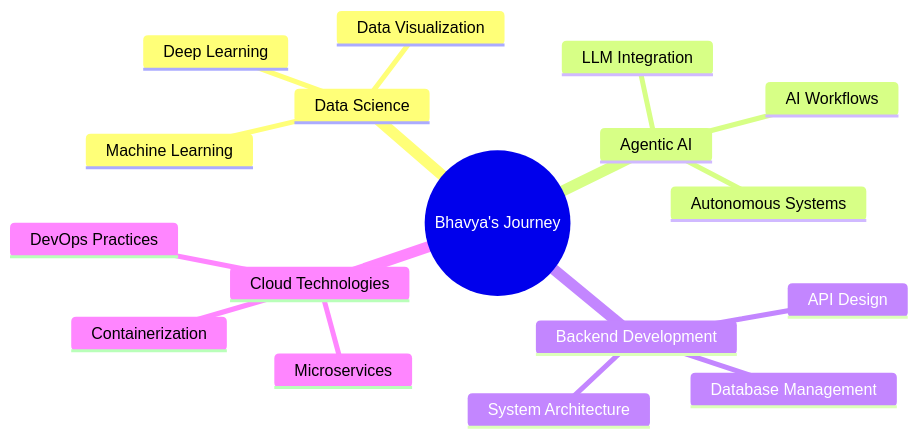
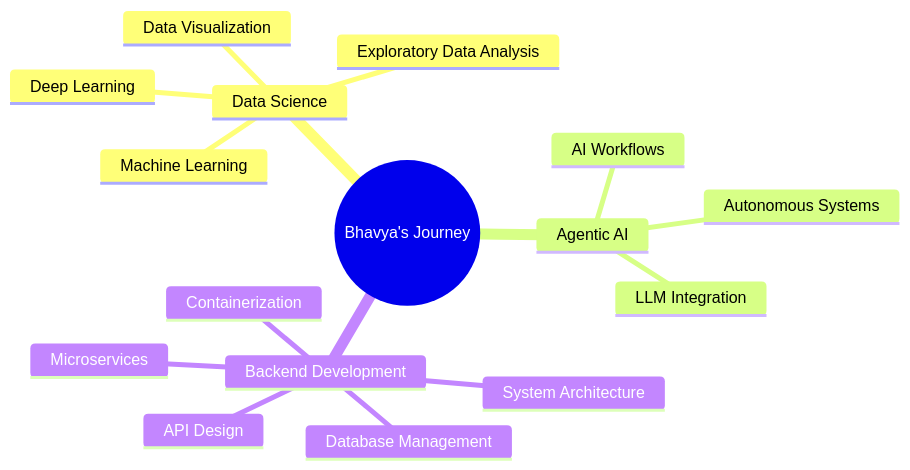
The diagram in README.md (04bhavyaa/04bhavyaa), drawn with Mermaid before and after one commit. The commit also changed other lines of this file, not shown here.

````diff
--- a/README.md
+++ b/README.md
@@ -73,20 +75,19 @@
 ```mermaid
 mindmap
   root((Bhavya's Journey))
     Data Science
       Machine Learning
       Deep Learning
       Data Visualization
+      Exploratory Data Analysis
     Agentic AI
       LLM Integration
       Autonomous Systems
       AI Workflows
     Backend Development
       API Design
       Database Management
       System Architecture
-    Cloud Technologies
       Containerization
       Microservices
-      DevOps Practices
 ```
````
